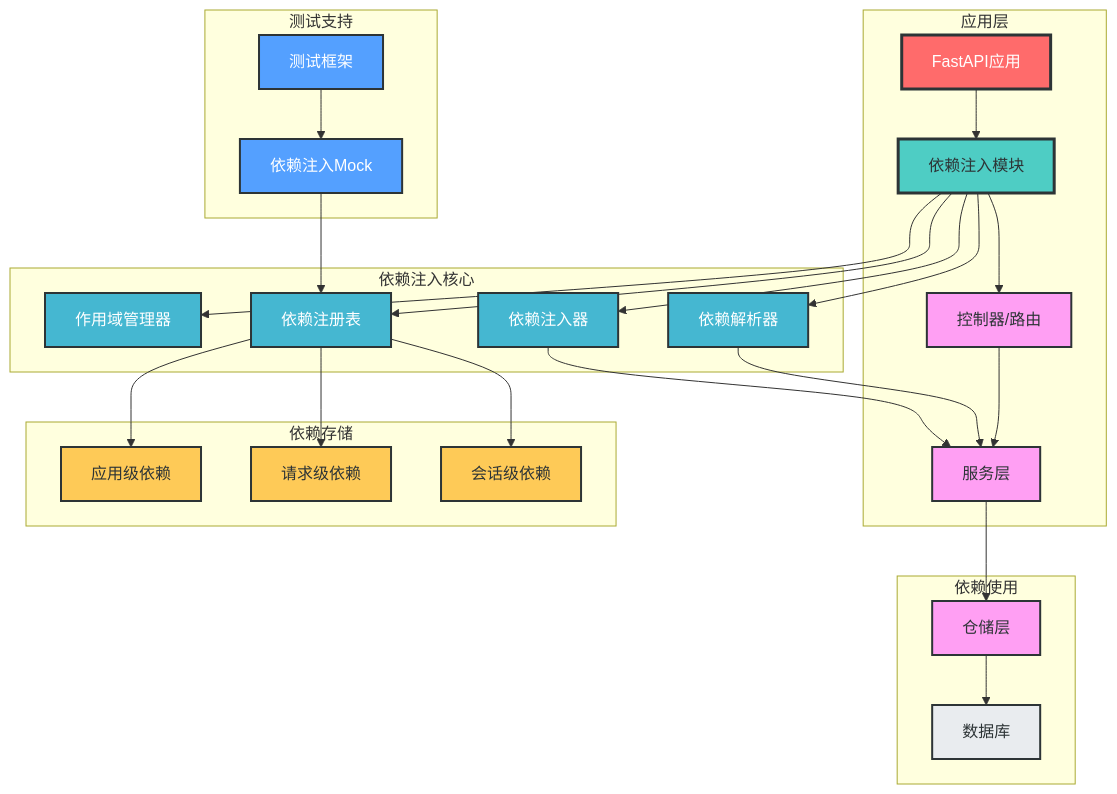
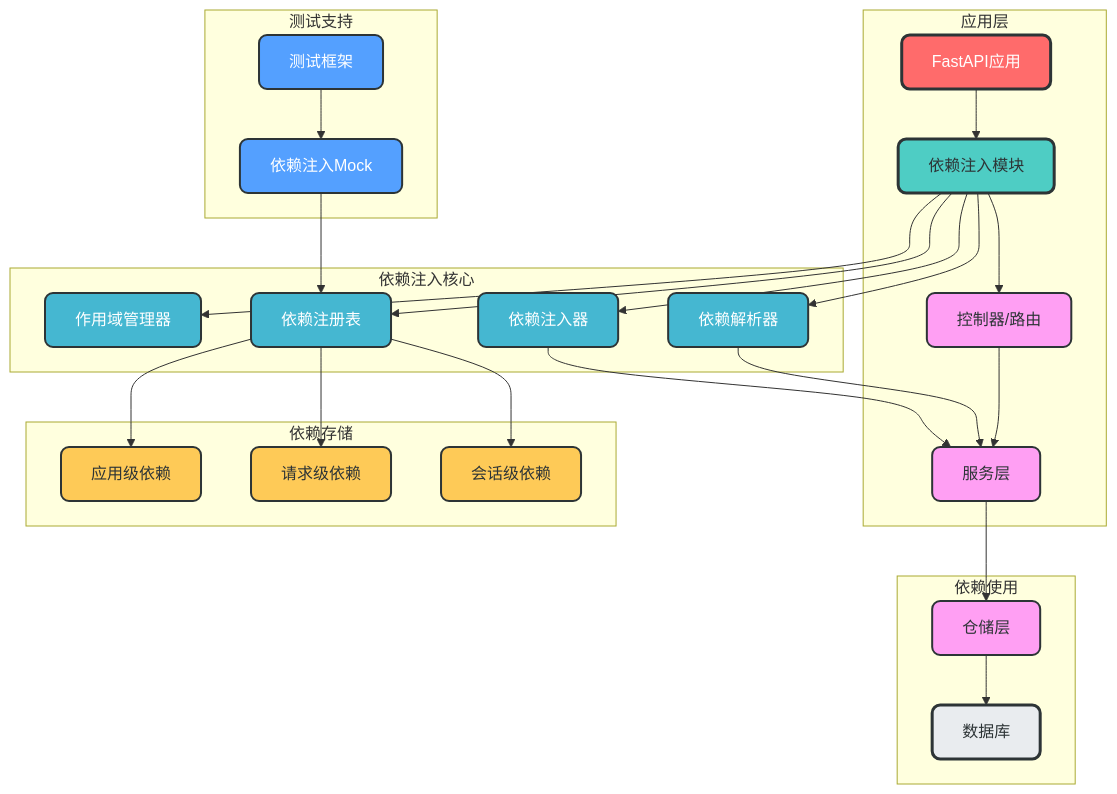
Before and after one commit to amuqiao/fastapi-enterprise-framework-template: the first of 2 diagrams in docs/design/modules/依赖注入模块设计.md, drawn with Mermaid. The commit also changed other lines of this file and 2 other files, not shown here.

````diff
--- a/docs/design/modules/依赖注入模块设计.md
+++ b/docs/design/modules/依赖注入模块设计.md
@@ -31,49 +31,49 @@
 ```mermaid
 graph TB
     subgraph 应用层
         FastAPI[FastAPI应用] --> DI[依赖注入模块]
         DI --> Controller[控制器/路由]
         Controller --> Service[服务层]
     end
     
     subgraph 依赖注入核心
         DI --> ScopeManager[作用域管理器]
         DI --> Registry[依赖注册表]
         DI --> Resolver[依赖解析器]
         DI --> Injector[依赖注入器]
     end
     
     subgraph 依赖存储
         Registry --> AppScope[应用级依赖]
         Registry --> RequestScope[请求级依赖]
         Registry --> SessionScope[会话级依赖]
     end
     
     subgraph 依赖使用
         Resolver --> Service
         Injector --> Service
         Service --> Repository[仓储层]
         Repository --> Database[数据库]
     end
     
     subgraph 测试支持
         TestFramework[测试框架] --> DIMock[依赖注入Mock]
         DIMock --> Registry
     end
     
-    style FastAPI fill:#FF6B6B,stroke:#2D3436,stroke-width:3px,color:white
-    style DI fill:#4ECDC4,stroke:#2D3436,stroke-width:3px,color:#2D3436
-    style ScopeManager fill:#45B7D1,stroke:#2D3436,stroke-width:2px,color:white
-    style Registry fill:#45B7D1,stroke:#2D3436,stroke-width:2px,color:white
-    style Resolver fill:#45B7D1,stroke:#2D3436,stroke-width:2px,color:white
-    style Injector fill:#45B7D1,stroke:#2D3436,stroke-width:2px,color:white
-    style AppScope fill:#FECA57,stroke:#2D3436,stroke-width:2px,color:#2D3436
-    style RequestScope fill:#FECA57,stroke:#2D3436,stroke-width:2px,color:#2D3436
-    style SessionScope fill:#FECA57,stroke:#2D3436,stroke-width:2px,color:#2D3436
-    style Controller fill:#FF9FF3,stroke:#2D3436,stroke-width:2px,color:#2D3436
-    style Service fill:#FF9FF3,stroke:#2D3436,stroke-width:2px,color:#2D3436
-    style Repository fill:#FF9FF3,stroke:#2D3436,stroke-width:2px,color:#2D3436
-    style Database fill:#E9ECEF,stroke:#2D3436,stroke-width:2px,color:#2D3436
-    style TestFramework fill:#54A0FF,stroke:#2D3436,stroke-width:2px,color:white
-    style DIMock fill:#54A0FF,stroke:#2D3436,stroke-width:2px,color:white
+    style FastAPI fill:#FF6B6B,stroke:#2D3436,stroke-width:3px,color:white,rx:8,ry:8
+    style DI fill:#4ECDC4,stroke:#2D3436,stroke-width:3px,color:#2D3436,rx:8,ry:8
+    style ScopeManager fill:#45B7D1,stroke:#2D3436,stroke-width:2px,color:white,rx:8,ry:8
+    style Registry fill:#45B7D1,stroke:#2D3436,stroke-width:2px,color:white,rx:8,ry:8
+    style Resolver fill:#45B7D1,stroke:#2D3436,stroke-width:2px,color:white,rx:8,ry:8
+    style Injector fill:#45B7D1,stroke:#2D3436,stroke-width:2px,color:white,rx:8,ry:8
+    style AppScope fill:#FECA57,stroke:#2D3436,stroke-width:2px,color:#2D3436,rx:8,ry:8
+    style RequestScope fill:#FECA57,stroke:#2D3436,stroke-width:2px,color:#2D3436,rx:8,ry:8
+    style SessionScope fill:#FECA57,stroke:#2D3436,stroke-width:2px,color:#2D3436,rx:8,ry:8
+    style Controller fill:#FF9FF3,stroke:#2D3436,stroke-width:2px,color:#2D3436,rx:8,ry:8
+    style Service fill:#FF9FF3,stroke:#2D3436,stroke-width:2px,color:#2D3436,rx:8,ry:8
+    style Repository fill:#FF9FF3,stroke:#2D3436,stroke-width:2px,color:#2D3436,rx:8,ry:8
+    style Database fill:#E9ECEF,stroke:#2D3436,stroke-width:3px,color:#2D3436,rx:8,ry:8
+    style TestFramework fill:#54A0FF,stroke:#2D3436,stroke-width:2px,color:white,rx:8,ry:8
+    style DIMock fill:#54A0FF,stroke:#2D3436,stroke-width:2px,color:white,rx:8,ry:8
 ```
````
